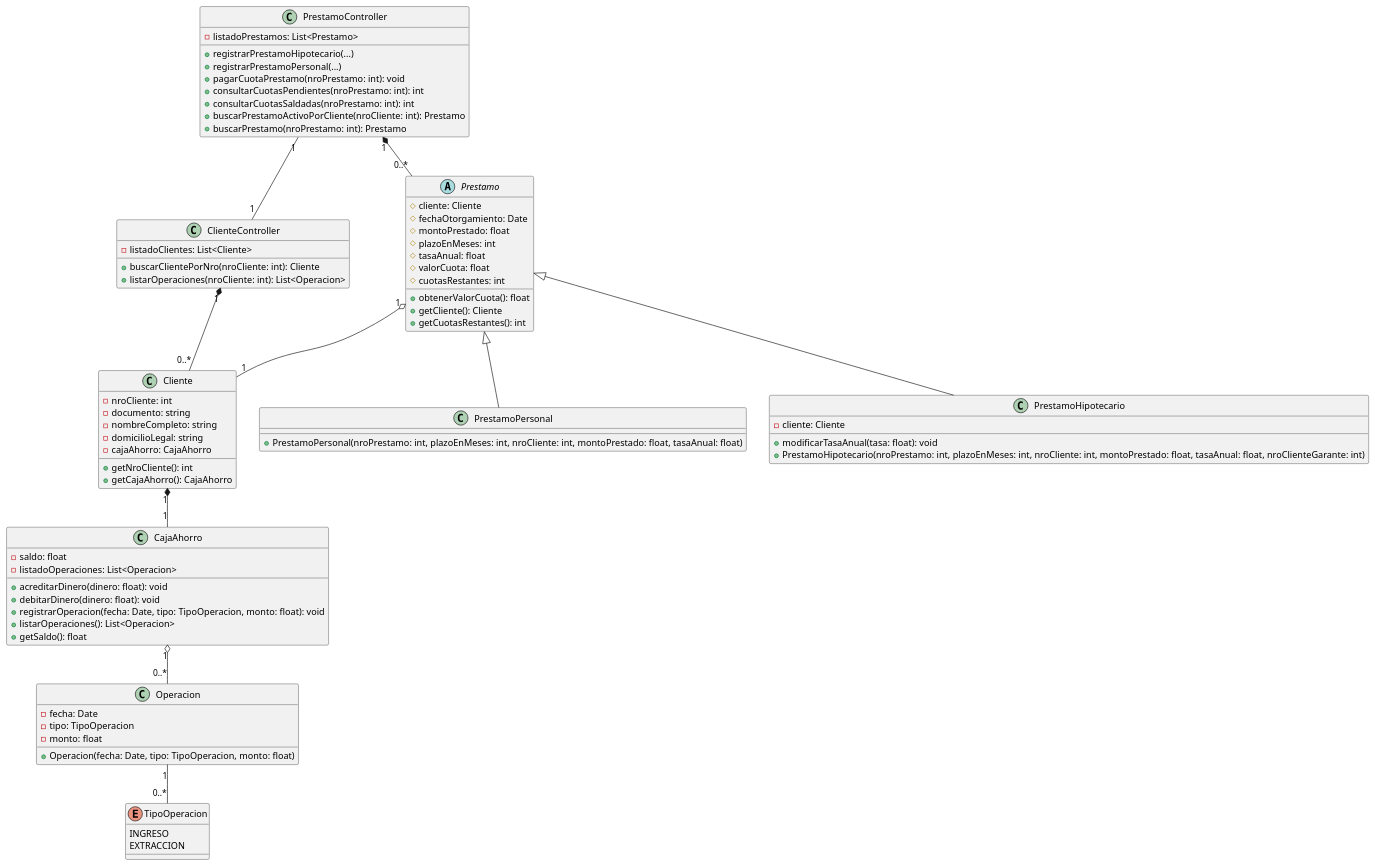
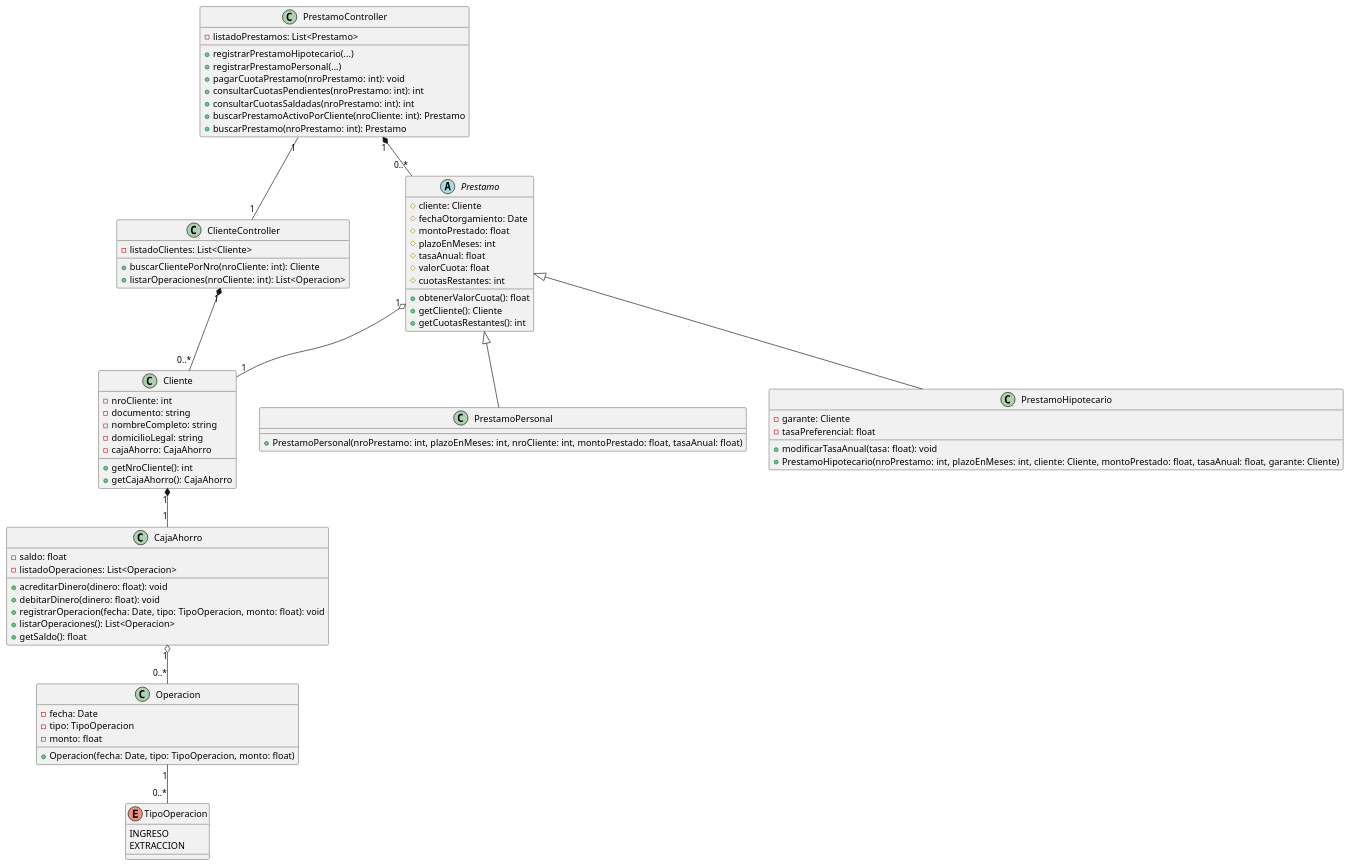
One commit to CoachEmilio/FinalAdelantadoPOO changed the diagram in src/main/java/org/uade/diagrams/DiagramaClasesPrestamos.puml. Above: the diagram before and after it, drawn with PlantUML. The commit also changed 1 other file, not shown here.

Commit message:
Refactor Class diagram & Sequence diagram PrestamoPersonal

```diff
--- a/src/main/java/org/uade/diagrams/DiagramaClasesPrestamos.puml
+++ b/src/main/java/org/uade/diagrams/DiagramaClasesPrestamos.puml
@@ -1,88 +1,89 @@
 @startuml
 ' Diagrama de clases - Banco Gestión de Préstamos (ajustado según tus indicaciones)
 
 class Cliente {
   -nroCliente: int
   -documento: string
   -nombreCompleto: string
   -domicilioLegal: string
   -cajaAhorro: CajaAhorro
   +getNroCliente(): int
   +getCajaAhorro(): CajaAhorro
 }
 
 class CajaAhorro {
   -saldo: float
   -listadoOperaciones: List<Operacion>
   +acreditarDinero(dinero: float): void
   +debitarDinero(dinero: float): void
   +registrarOperacion(fecha: Date, tipo: TipoOperacion, monto: float): void
   +listarOperaciones(): List<Operacion>
   +getSaldo(): float
 }
 
 class Operacion {
   -fecha: Date
   -tipo: TipoOperacion
   -monto: float
   +Operacion(fecha: Date, tipo: TipoOperacion, monto: float)
 }
 
 enum TipoOperacion {
   INGRESO
   EXTRACCION
 }
 
 abstract class Prestamo {
   #cliente: Cliente
   #fechaOtorgamiento: Date
   #montoPrestado: float
   #plazoEnMeses: int
   #tasaAnual: float
   #valorCuota: float
   #cuotasRestantes: int
   +obtenerValorCuota(): float
   +getCliente(): Cliente
   +getCuotasRestantes(): int
 }
 
 class PrestamoPersonal {
   +PrestamoPersonal(nroPrestamo: int, plazoEnMeses: int, nroCliente: int, montoPrestado: float, tasaAnual: float)
 }
 
 class PrestamoHipotecario {
-  -cliente: Cliente
+  -garante: Cliente
+  -tasaPreferencial: float
   +modificarTasaAnual(tasa: float): void
-  +PrestamoHipotecario(nroPrestamo: int, plazoEnMeses: int, nroCliente: int, montoPrestado: float, tasaAnual: float, nroClienteGarante: int)
+  +PrestamoHipotecario(nroPrestamo: int, plazoEnMeses: int, cliente: Cliente, montoPrestado: float, tasaAnual: float, garante: Cliente)
 }
 
 class ClienteController {
   -listadoClientes: List<Cliente>
   +buscarClientePorNro(nroCliente: int): Cliente
   +listarOperaciones(nroCliente: int): List<Operacion>
 }
 
 class PrestamoController {
   -listadoPrestamos: List<Prestamo>
   +registrarPrestamoHipotecario(...)
   +registrarPrestamoPersonal(...)
   +pagarCuotaPrestamo(nroPrestamo: int): void
   +consultarCuotasPendientes(nroPrestamo: int): int
   +consultarCuotasSaldadas(nroPrestamo: int): int
   +buscarPrestamoActivoPorCliente(nroCliente: int): Prestamo
   +buscarPrestamo(nroPrestamo: int): Prestamo
 }
 
 ' Relaciones ajustadas
 ClienteController "1" *-- "0..*" Cliente
 PrestamoController "1" *-- "0..*" Prestamo
 PrestamoController "1" -- "1" ClienteController
 Prestamo "1" o-- "1" Cliente
 Prestamo <|-- PrestamoPersonal
 Prestamo <|-- PrestamoHipotecario
 CajaAhorro "1" o-- "0..*" Operacion
 Cliente "1" *-- "1" CajaAhorro
 Operacion "1" -- "0..*" TipoOperacion
 
 
 @enduml
```
